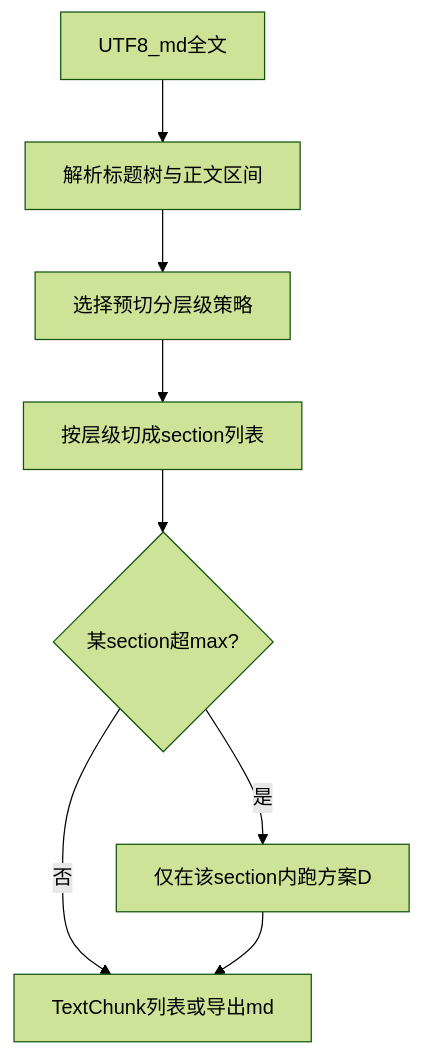
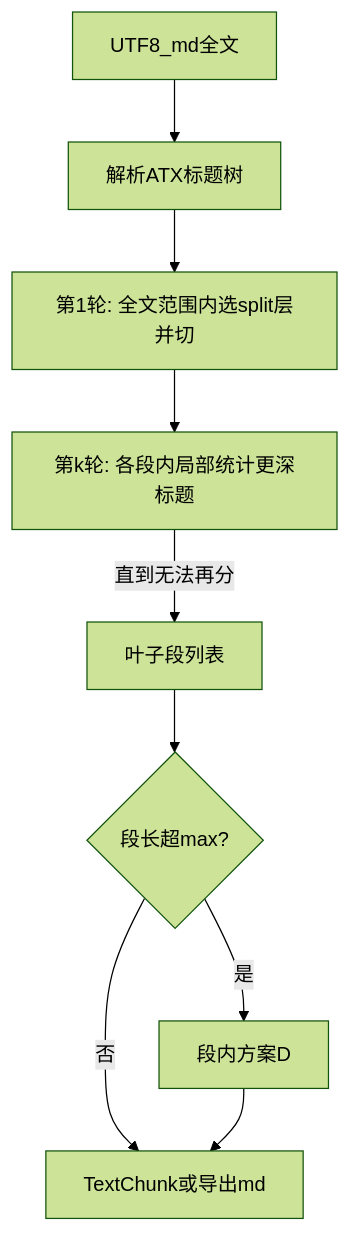
One commit to zane-xu-ai/rag_law changed the diagram in doc/plan/v1.1.10-md-heading-presolve-scheme-d.md. Above: the diagram before and after it, drawn with Mermaid (forest theme). The commit also changed other lines of this file, not shown here.

````diff
--- a/doc/plan/v1.1.10-md-heading-presolve-scheme-d.md
+++ b/doc/plan/v1.1.10-md-heading-presolve-scheme-d.md
@@ -29,14 +29,16 @@
 ```mermaid
 flowchart TD
   md[UTF8_md全文]
-  parse[解析标题树与正文区间]
-  choose[选择预切分层级策略]
-  pre[按层级切成section列表]
-  toolong{某section超max?}
-  dseg[仅在该section内跑方案D]
-  chunks[TextChunk列表或导出md]
+  parse[解析ATX标题树]
+  r1[第1轮: 全文范围内选split层并切]
+  rk[第k轮: 各段内局部统计更深标题]
+  leaf[叶子段列表]
+  toolong{段长超max?}
+  dseg[段内方案D]
+  chunks[TextChunk或导出md]
 
-  md --> parse --> choose --> pre --> toolong
+  md --> parse --> r1 --> rk
+  rk -->|"直到无法再分"| leaf --> toolong
   toolong -->|否| chunks
   toolong -->|是| dseg --> chunks
 ```
````
